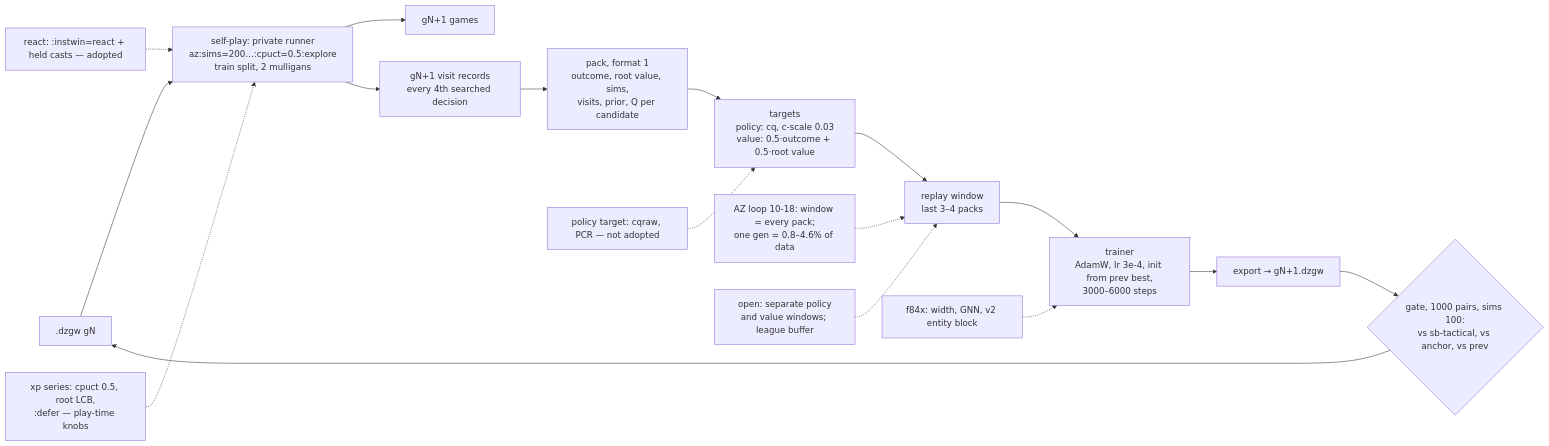
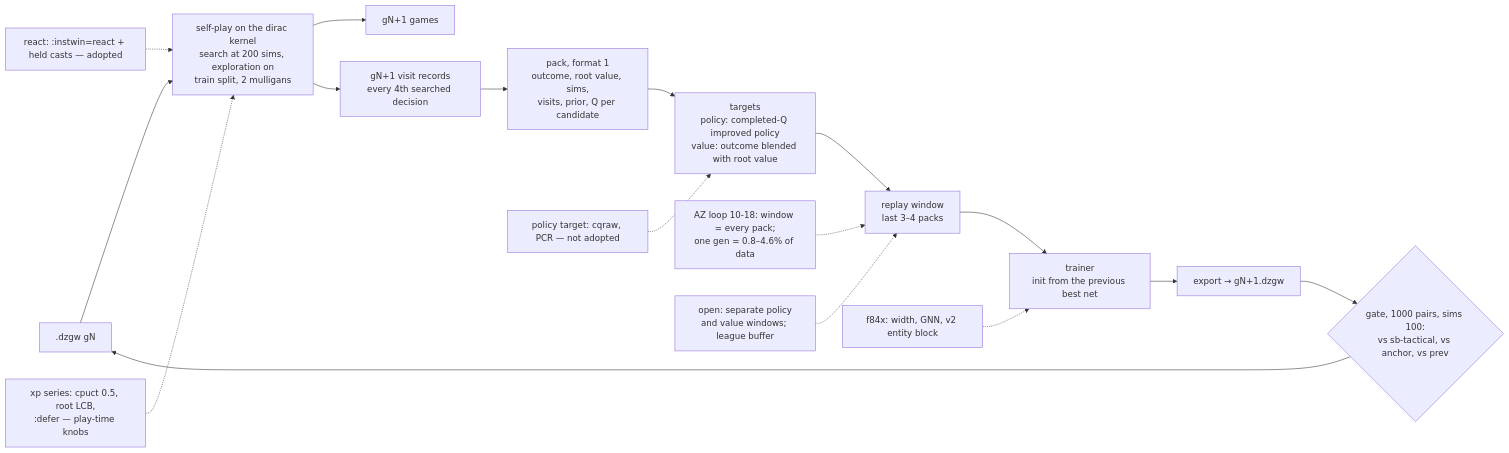
The sixth of 6 diagrams in docs/site/research/architecture.md (adams-shaun/gorge), drawn with Mermaid before and after one commit. The commit also changed other lines of this file and 39 other files, not shown here.

````diff
--- a/docs/site/research/architecture.md
+++ b/docs/site/research/architecture.md
@@ -268,20 +268,20 @@
 ```mermaid
 flowchart LR
-  NET0[".dzgw gN"] --> SP["self-play: private runner<br/>az:sims=200…:cpuct=0.5:explore<br/>train split, 2 mulligans"]
+  NET0[".dzgw gN"] --> SP["self-play on the dirac kernel<br/>search at 200 sims, exploration on<br/>train split, 2 mulligans"]
   SP --> G["gN+1 games"]
   SP --> VR["gN+1 visit records<br/>every 4th searched decision"]
   VR --> PK["pack, format 1<br/>outcome, root value, sims,<br/>visits, prior, Q per candidate"]
-  PK --> TG["targets<br/>policy: cq, c-scale 0.03<br/>value: 0.5·outcome + 0.5·root value"]
+  PK --> TG["targets<br/>policy: completed-Q improved policy<br/>value: outcome blended with root value"]
   TG --> WIN["replay window<br/>last 3–4 packs"]
-  WIN --> TR["trainer<br/>AdamW, lr 3e-4, init from prev best,<br/>3000–6000 steps"]
+  WIN --> TR["trainer<br/>init from the previous best net"]
   TR --> EX["export → gN+1.dzgw"]
   EX --> GT{"gate, 1000 pairs, sims 100:<br/>vs sb-tactical, vs anchor, vs prev"}
   GT --> NET0
 
   X1["AZ loop 10-18: window = every pack;<br/>one gen = 0.8–4.6% of data"] -.-> WIN
   X2["policy target: cqraw, PCR — not adopted"] -.-> TG
   X3["react: :instwin=react + held casts — adopted"] -.-> SP
   X4["xp series: cpuct 0.5, root LCB,<br/>:defer — play-time knobs"] -.-> SP
   X5["f84x: width, GNN, v2 entity block"] -.-> TR
   X6["open: separate policy<br/>and value windows; league buffer"] -.-> WIN
 ```
````
